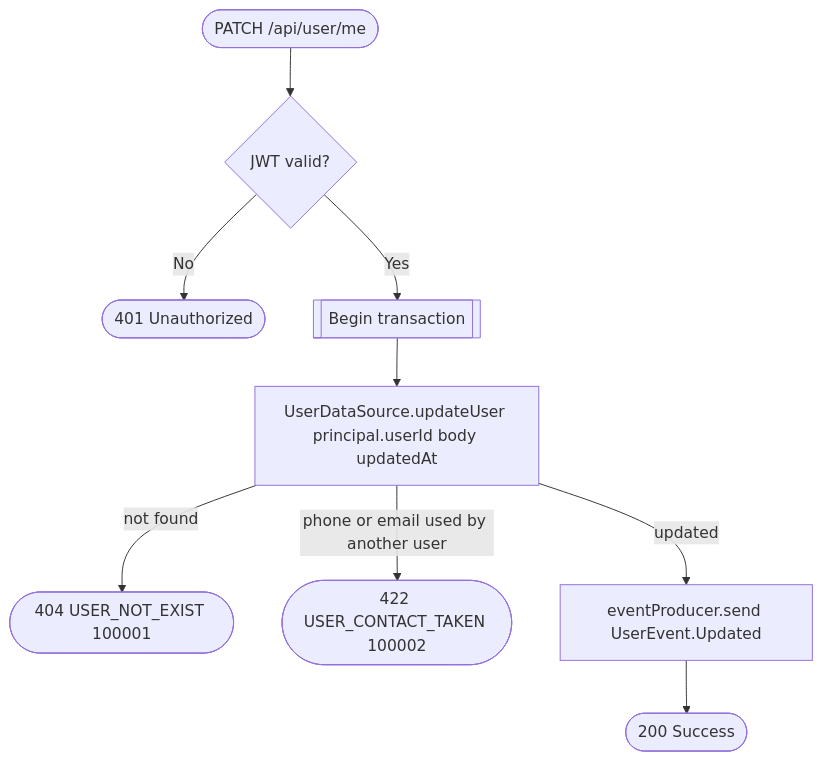
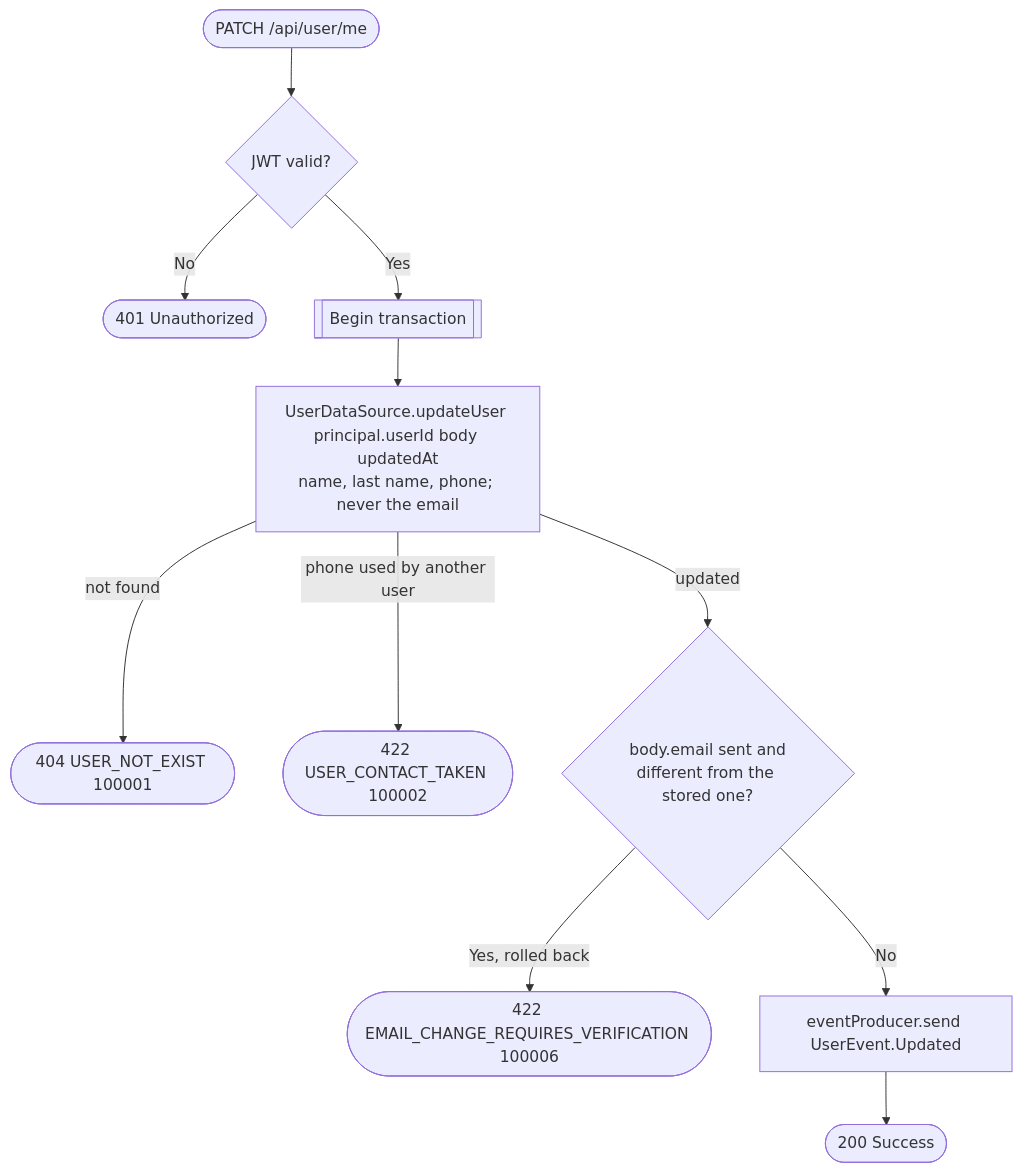
One commit to nocturneproperties/bookkme changed the diagram in docs/operations/user/update-user.md. Above: the diagram before and after it, drawn with Mermaid. The commit also changed other lines of this file and 89 other files, not shown here.

Commit message:
[ISSUE-146] make email verification during signup mandatory

````diff
--- a/docs/operations/user/update-user.md
+++ b/docs/operations/user/update-user.md
@@ -11,11 +16,13 @@
 ```mermaid
 flowchart TD
     Start([PATCH /api/user/me]) --> Auth{JWT valid?}
     Auth -- No --> R401([401 Unauthorized])
     Auth -- Yes --> Tx[[Begin transaction]]
-    Tx --> Update[UserDataSource.updateUser principal.userId body updatedAt]
+    Tx --> Update[UserDataSource.updateUser principal.userId body updatedAt<br/>name, last name, phone; never the email]
     Update -- not found --> R404([404 USER_NOT_EXIST 100001])
-    Update -- phone or email used by another user --> R422([422 USER_CONTACT_TAKEN 100002])
-    Update -- updated --> Event[eventProducer.send UserEvent.Updated]
+    Update -- phone used by another user --> R422([422 USER_CONTACT_TAKEN 100002])
+    Update -- updated --> Email{body.email sent and<br/>different from the stored one?}
+    Email -- Yes, rolled back --> R422E([422 EMAIL_CHANGE_REQUIRES_VERIFICATION 100006])
+    Email -- No --> Event[eventProducer.send UserEvent.Updated]
     Event --> R200([200 Success])
 ```
````
